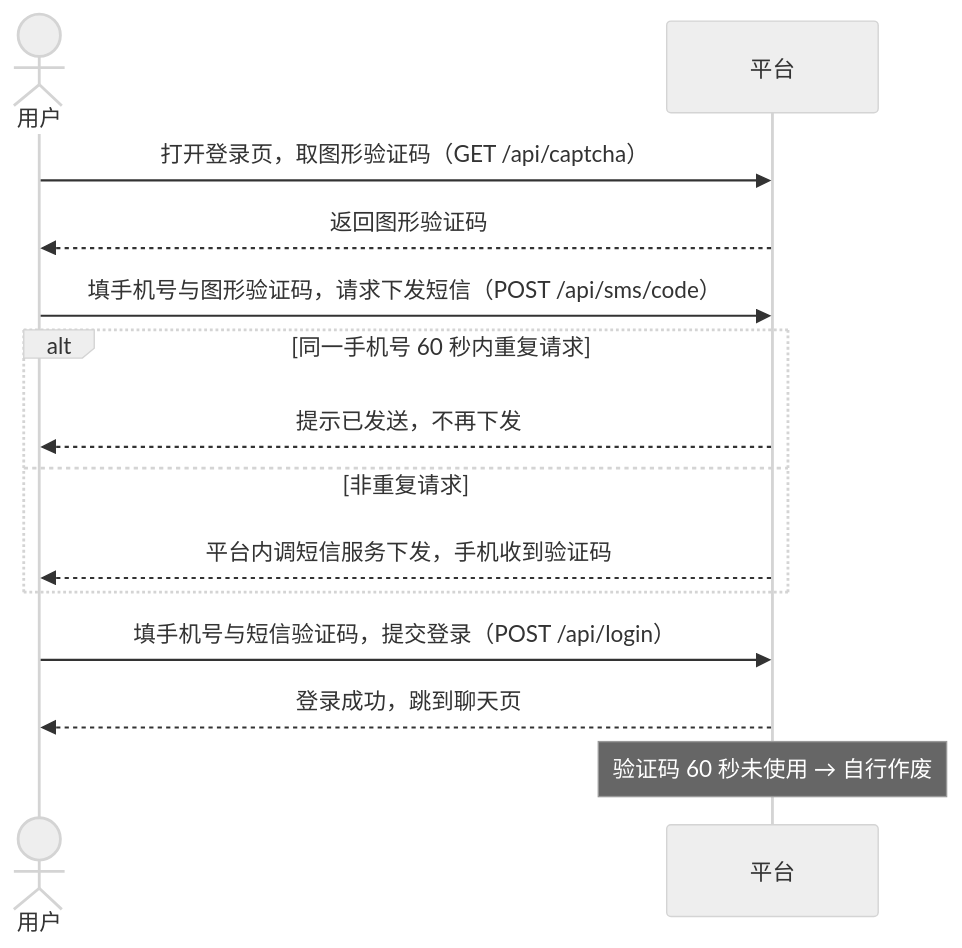
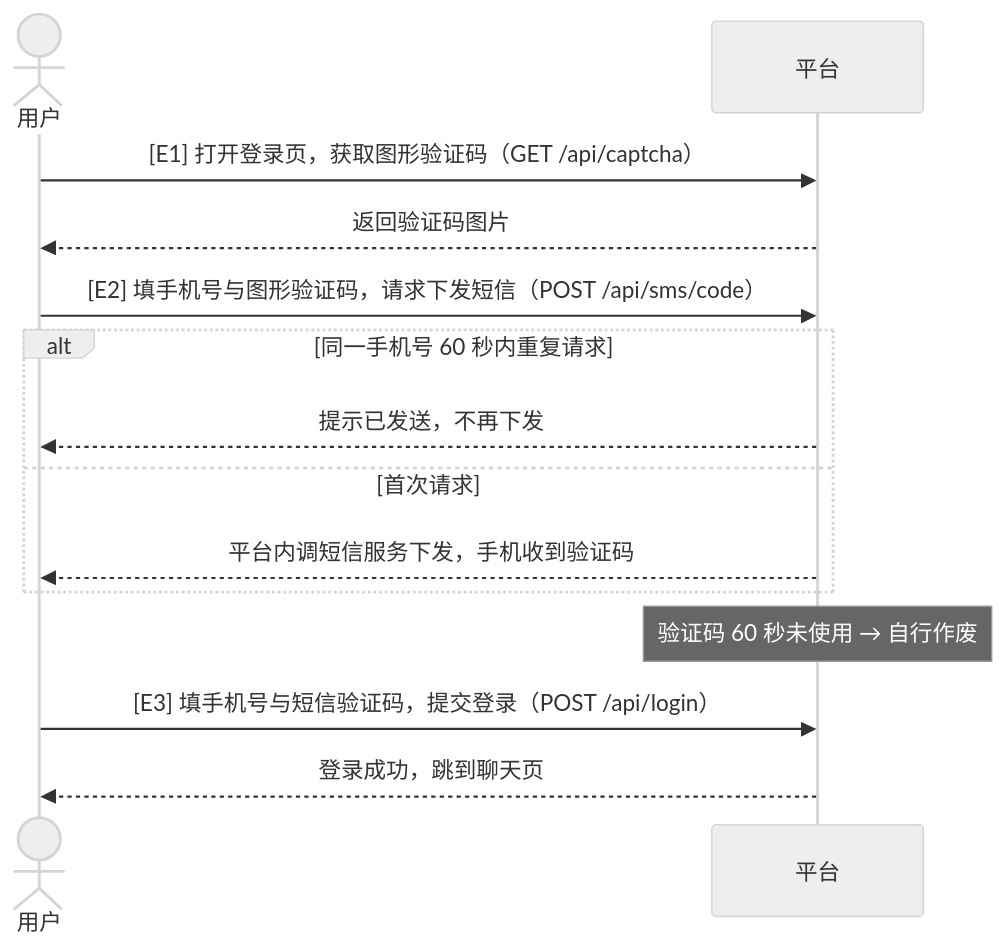
The diagram in skills/sequence/assets/sequence-example.md (serosme/agent-skills), drawn with Mermaid (neutral theme) before and after one commit. The commit also changed other lines of this file and 1 other file, not shown here.

Commit message:
feat: rework sequence into an as-built entry index with verifiable steps

````diff
--- a/skills/sequence/assets/sequence-example.md
+++ b/skills/sequence/assets/sequence-example.md
@@ -13,17 +25,17 @@
 ```mermaid
 sequenceDiagram
     actor U as 用户
     participant P as 平台
 
-    U->>P: 打开登录页，取图形验证码（GET /api/captcha）
-    P-->>U: 返回图形验证码
-    U->>P: 填手机号与图形验证码，请求下发短信（POST /api/sms/code）
+    U->>P: [E1] 打开登录页，获取图形验证码（GET /api/captcha）
+    P-->>U: 返回验证码图片
+    U->>P: [E2] 填手机号与图形验证码，请求下发短信（POST /api/sms/code）
     alt 同一手机号 60 秒内重复请求
         P-->>U: 提示已发送，不再下发
-    else 非重复请求
+    else 首次请求
         P-->>U: 平台内调短信服务下发，手机收到验证码
     end
-    U->>P: 填手机号与短信验证码，提交登录（POST /api/login）
+    Note over P: 验证码 60 秒未使用 → 自行作废
+    U->>P: [E3] 填手机号与短信验证码，提交登录（POST /api/login）
     P-->>U: 登录成功，跳到聊天页
-    Note over P: 验证码 60 秒未使用 → 自行作废
 ```
````
